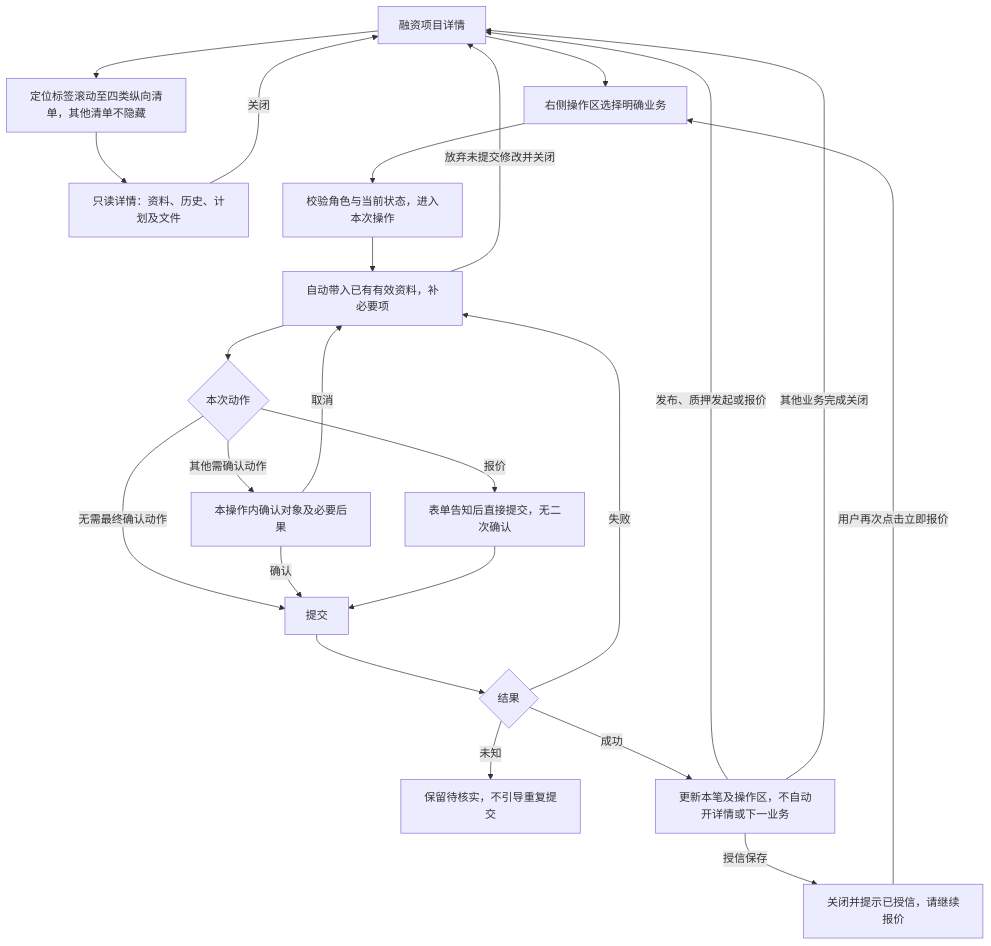
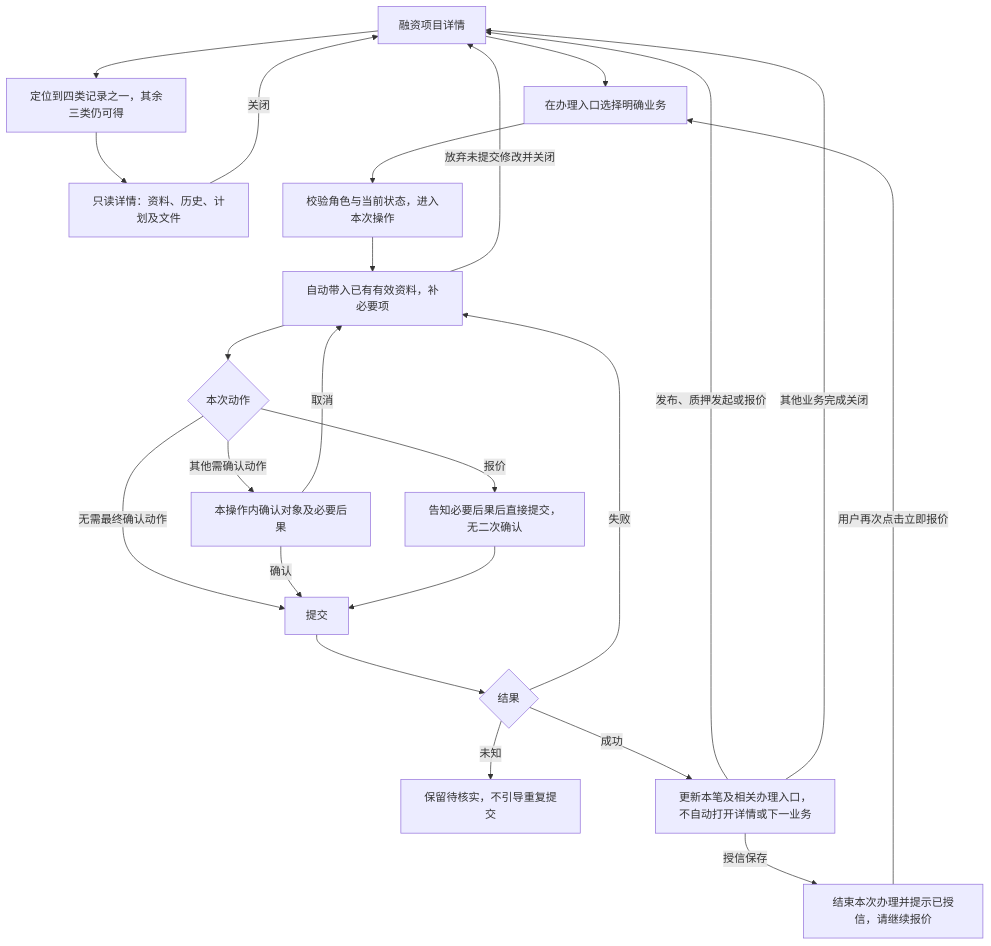
One commit to wxblockchain/Chain-Financing changed the seventh of 10 diagrams in lending-platform/PRD/v1.0-借贷广场-融资需求与代币质押/02-融资需求与代币质押-流程图与状态机.md. Above: the diagram before and after it, drawn with Mermaid. The commit also changed other lines of this file and 4 other files, not shown here.

````diff
--- a/lending-platform/PRD/v1.0-借贷广场-融资需求与代币质押/02-融资需求与代币质押-流程图与状态机.md
+++ b/lending-platform/PRD/v1.0-借贷广场-融资需求与代币质押/02-融资需求与代币质押-流程图与状态机.md
@@ -190,25 +190,25 @@
 ```mermaid
 flowchart TD
-  A[融资项目详情] --> B[定位标签滚动至四类纵向清单，其他清单不隐藏]
+  A[融资项目详情] --> B[定位到四类记录之一，其余三类仍可得]
   B --> C[只读详情：资料、历史、计划及文件]
   C -->|关闭| A
-  A --> D[右侧操作区选择明确业务]
+  A --> D[在办理入口选择明确业务]
   D --> E[校验角色与当前状态，进入本次操作]
   E --> F[自动带入已有有效资料，补必要项]
   F --> G{本次动作}
-  G -->|报价| H[表单告知后直接提交，无二次确认]
+  G -->|报价| H[告知必要后果后直接提交，无二次确认]
   G -->|其他需确认动作| I[本操作内确认对象及必要后果]
   G -->|无需最终确认动作| J[提交]
   I -->|确认| J
   I -->|取消| F
   H --> J
   J --> K{结果}
   K -->|失败| F
   K -->|未知| U[保留待核实，不引导重复提交]
-  K -->|成功| V[更新本笔及操作区，不自动开详情或下一业务]
-  V -->|授信保存| T[关闭并提示已授信，请继续报价]
+  K -->|成功| V[更新本笔及相关办理入口，不自动打开详情或下一业务]
+  V -->|授信保存| T[结束本次办理并提示已授信，请继续报价]
   T -->|用户再次点击立即报价| D
   V -->|发布、质押发起或报价| A
   V -->|其他业务完成关闭| A
   F -->|放弃未提交修改并关闭| A
 ```
````
